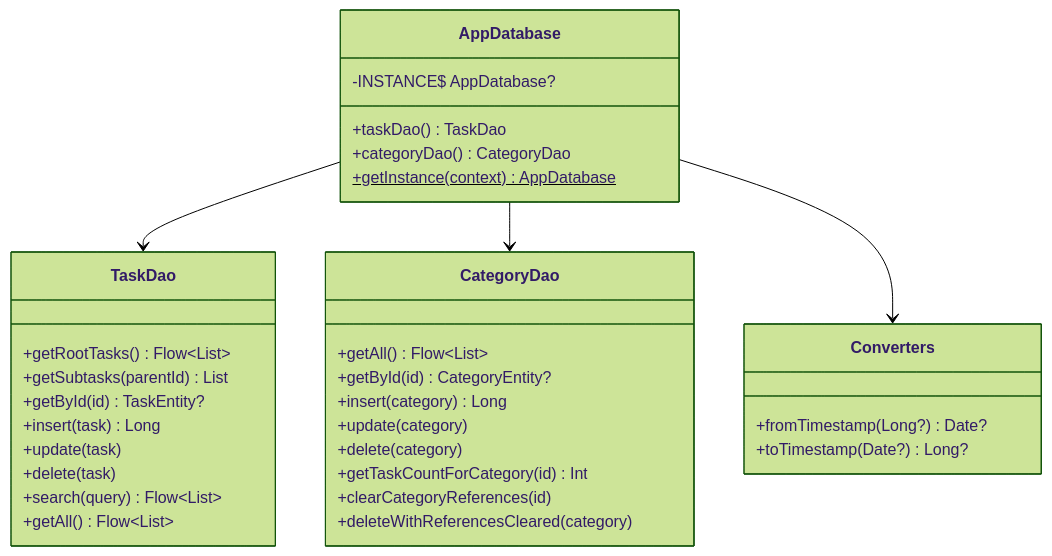
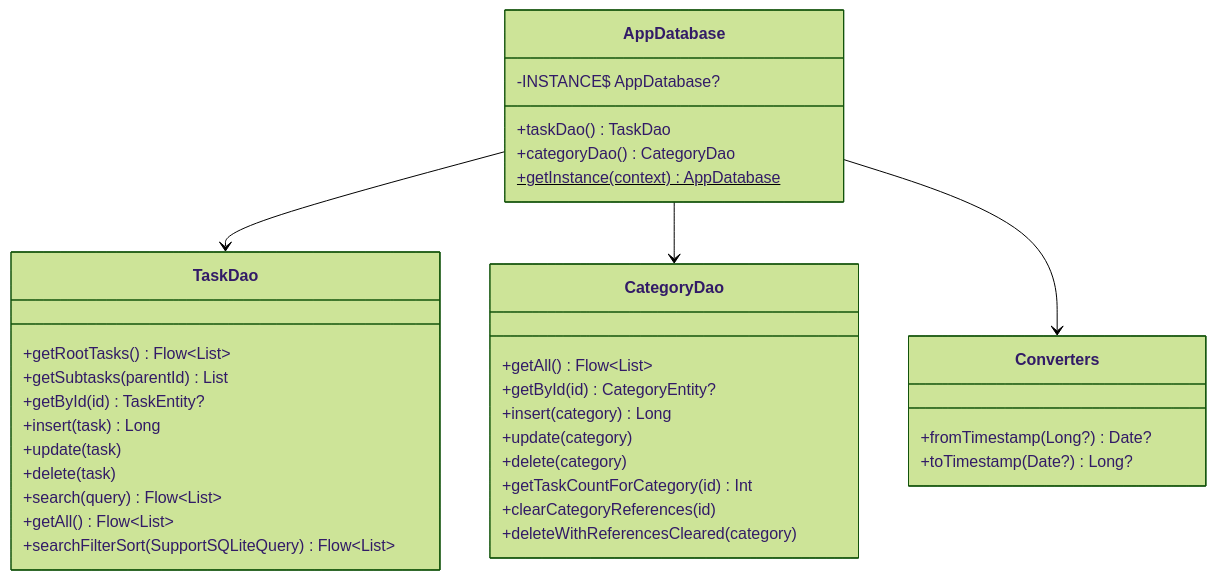
Before and after one commit to kindywu/MyTask_Android: the second of 13 diagrams in ARCHITECTURE.md, drawn with Mermaid (forest theme). The commit also changed other lines of this file and 2 other files, not shown here.

Commit message:
filter in db

````diff
--- a/ARCHITECTURE.md
+++ b/ARCHITECTURE.md
@@ -277,36 +277,37 @@
 ```mermaid
 classDiagram
     class AppDatabase {
         +taskDao() TaskDao
         +categoryDao() CategoryDao
         -INSTANCE$ AppDatabase?
         +getInstance(context) AppDatabase$
     }
     class TaskDao {
         +getRootTasks() Flow~List~
         +getSubtasks(parentId) List
         +getById(id) TaskEntity?
         +insert(task) Long
         +update(task)
         +delete(task)
         +search(query) Flow~List~
         +getAll() Flow~List~
+        +searchFilterSort(SupportSQLiteQuery) Flow~List~
     }
     class CategoryDao {
         +getAll() Flow~List~
         +getById(id) CategoryEntity?
         +insert(category) Long
         +update(category)
         +delete(category)
         +getTaskCountForCategory(id) Int
         +clearCategoryReferences(id)
         +deleteWithReferencesCleared(category)
     }
     class Converters {
         +fromTimestamp(Long?) Date?
         +toTimestamp(Date?) Long?
     }
     AppDatabase --> TaskDao
     AppDatabase --> CategoryDao
     AppDatabase --> Converters
 ```
````
